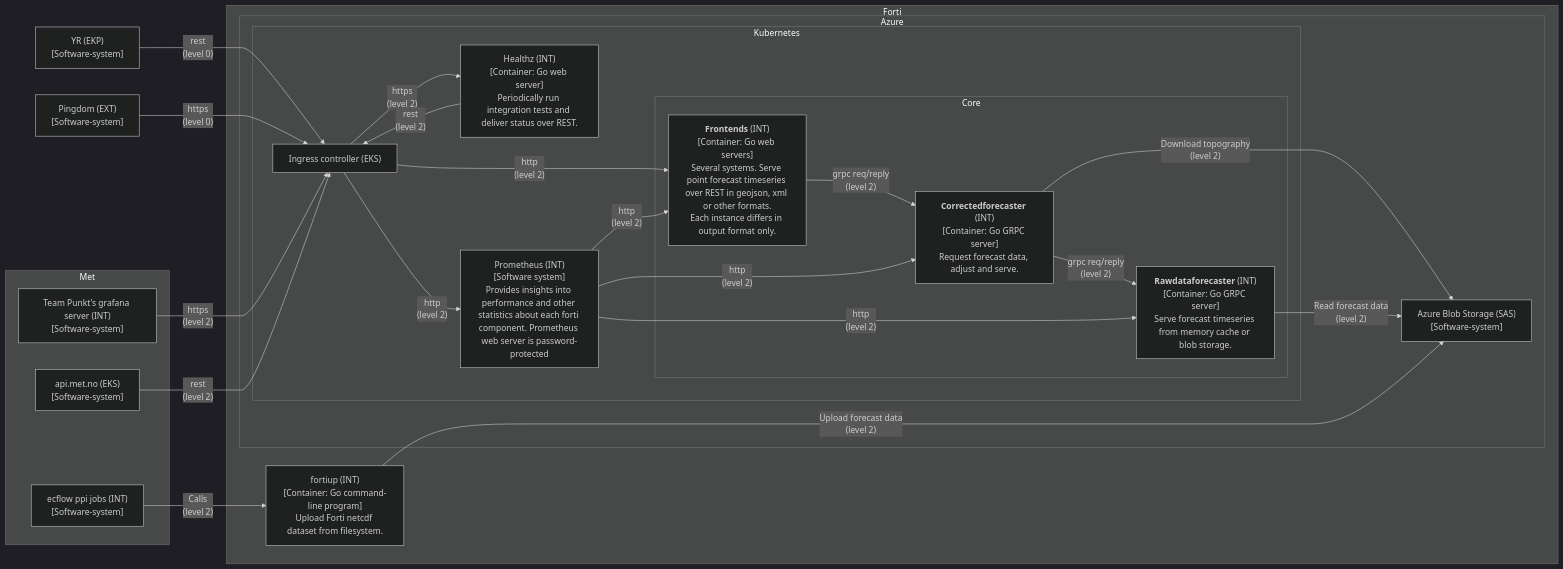
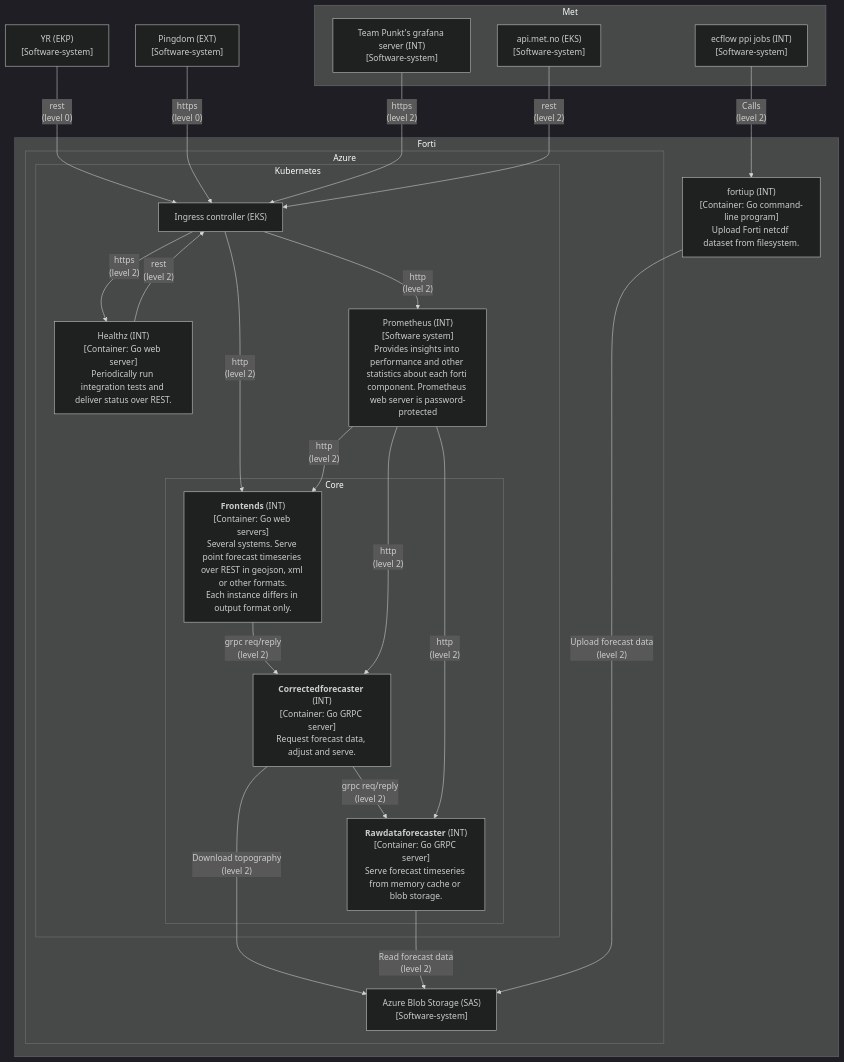
One commit to metno/forti changed the diagram in README.md. Above: the diagram before and after it, drawn with Mermaid (dark theme).

Commit message:
make diagram top-down

````diff
--- a/README.md
+++ b/README.md
@@ -56,46 +56,46 @@
 ```mermaid
-flowchart LR
+flowchart TD
  subgraph Met["Met"]
         api_met_no["api.met.no (EKS)<br>[Software-system]"]
         ppi["ecflow ppi jobs (INT)<br>[Software-system]"]
         grafana["Team Punkt's grafana server (INT)<br>[Software-system]"]
   end
  subgraph Core["Core"]
         Frontends["<b>Frontends</b> (INT)<br>[Container: Go web servers]<br>Several systems. Serve point forecast timeseries over REST in geojson, xml or other formats.<br>Each instance differs in output format only."]
         Correctedforecaster["<b>Correctedforecaster</b> (INT)<br>[Container: Go GRPC server]<br>Request forecast data, adjust and serve."]
         Rawdataforecaster["<b>Rawdataforecaster</b> (INT)<br>[Container: Go GRPC server]<br>Serve forecast timeseries from memory cache or blob storage."]
   end
  subgraph Kubernetes["Kubernetes"]
         Ingress["Ingress controller (EKS)"]
         Core
         Healthz["Healthz (INT)<br>[Container: Go web server]<br>Periodically run integration tests and deliver status over REST."]
         Prometheus["Prometheus (INT)<br>[Software system]<br>Provides insights into performance and other statistics about each forti component. Prometheus web server is password-protected"]
   end
  subgraph Azure["Azure"]
         Azureblob["Azure Blob Storage (SAS)<br>[Software-system]"]
         Kubernetes
   end
  subgraph Forti["Forti"]
         Azure
         fortiup["fortiup (INT)<br>[Container: Go command-line program]<br>Upload Forti netcdf dataset from filesystem."]
   end
 
 yr["YR (EKP)<br>[Software-system]"]
 pingdom["Pingdom (EXT)<br>[Software-system]"]
 
     Correctedforecaster -->|"Download topography<br>(level 2) "| Azureblob
     Ingress -->|"http<br>(level 2) "| Frontends
     Ingress -->|"https<br>(level 2) "| Healthz
     Ingress -->|"http<br>(level 2)  "| Prometheus
     Frontends -->|"grpc req/reply<br>(level 2) "| Correctedforecaster
     Correctedforecaster -->|"grpc req/reply<br>(level 2) "| Rawdataforecaster
     Healthz -->|"rest<br>(level 2) "| Ingress
     Prometheus -->|"http<br>(level 2) "| Frontends & Correctedforecaster & Rawdataforecaster
     Rawdataforecaster -->|"Read forecast data<br>(level 2) "| Azureblob
     fortiup -->|"Upload forecast data<br>(level 2) "| Azureblob
     yr -->|"rest<br>(level 0) "| Ingress
     pingdom -->|"https<br>(level 0) "| Ingress
     ppi -->|"Calls<br>(level 2) "| fortiup
     grafana -->|"https<br>(level 2) "| Ingress
     api_met_no -->|"rest<br>(level 2) "| Ingress
 ```
````
